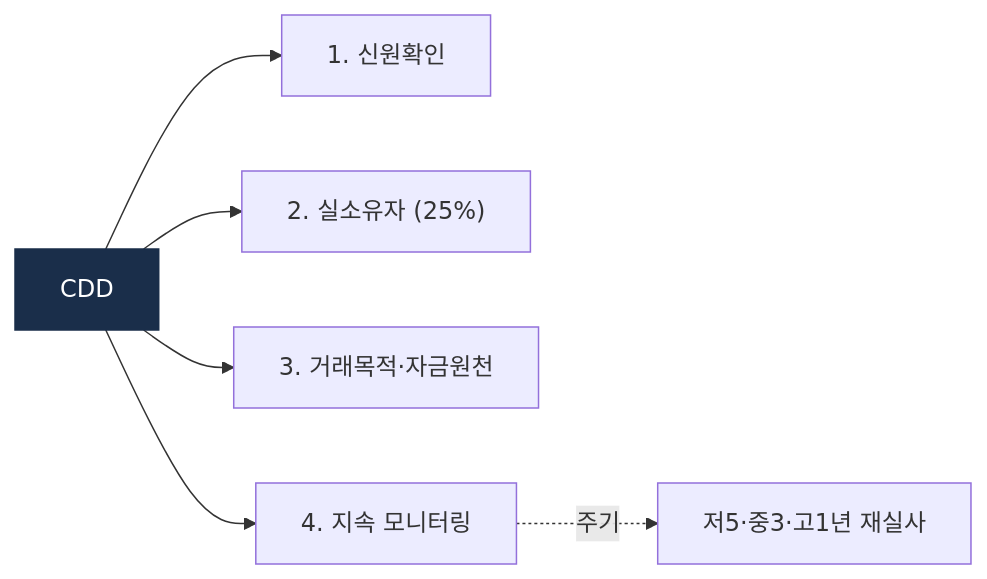
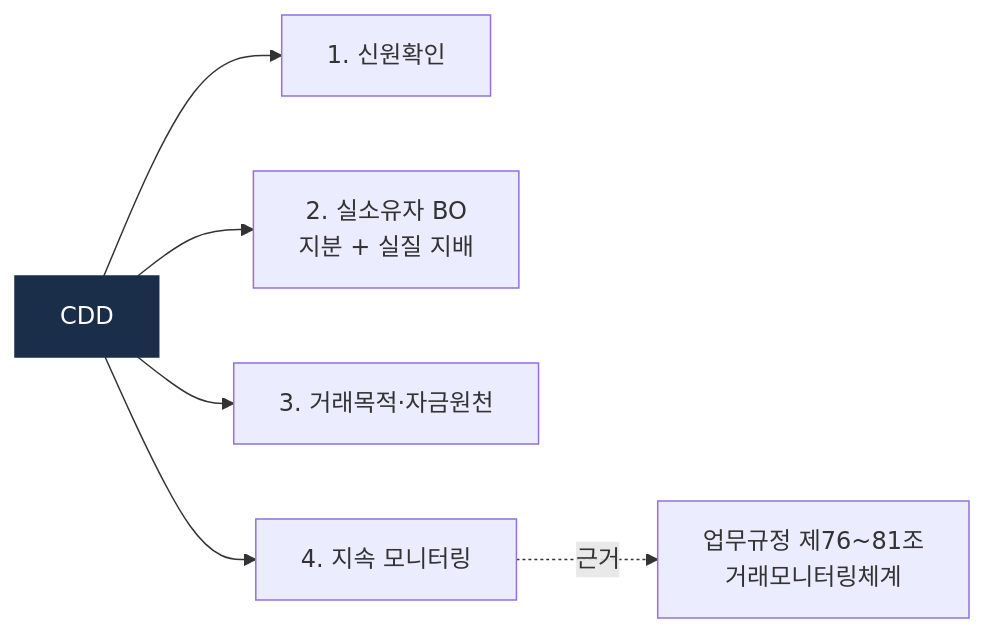
The first of 2 diagrams in curriculum/day_43.md (lala-david/aml-notes), drawn with Mermaid before and after one commit. The commit also changed other lines of this file and 233 other files, not shown here.

````diff
--- a/curriculum/day_43.md
+++ b/curriculum/day_43.md
@@ -13,9 +13,9 @@
 ```mermaid
 flowchart LR
     C["CDD"] --> S1["1. 신원확인"]
-    C --> S2["2. 실소유자 (25%)"]
+    C --> S2["2. 실소유자 BO<br/>지분 + 실질 지배"]
     C --> S3["3. 거래목적·자금원천"]
     C --> S4["4. 지속 모니터링"]
-    S4 -.주기.-> R["저5·중3·고1년 재실사"]
+    S4 -.근거.-> R["업무규정 제76~81조<br/>거래모니터링체계"]
     style C fill:#1a2e4a,color:#fff,stroke:#1a2e4a
 ```
````
